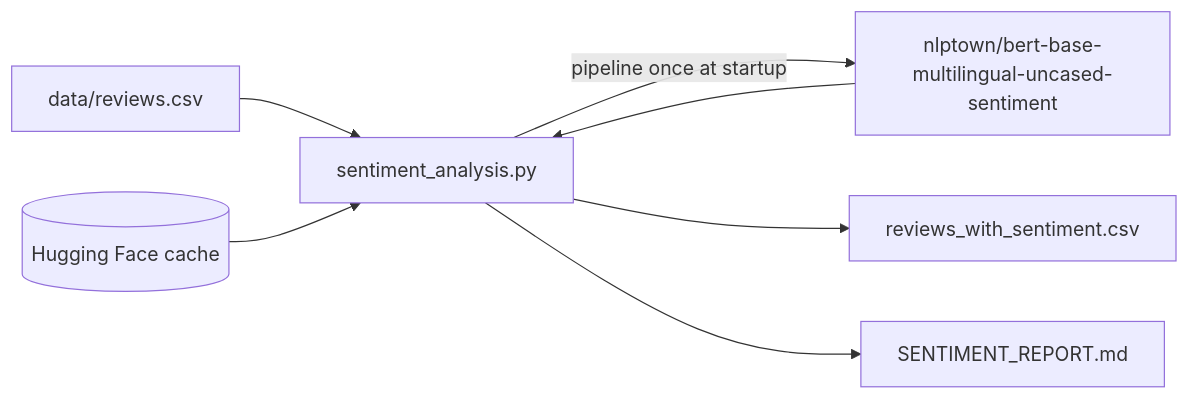
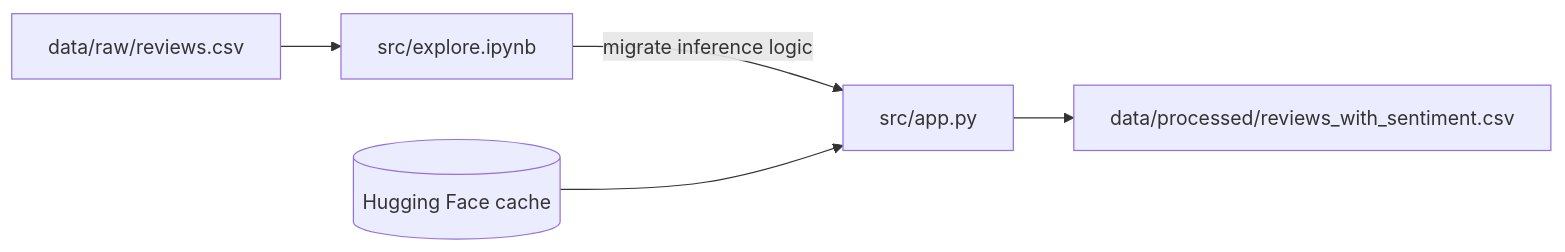
Before and after one commit to 4GeeksAcademy/ai-engineering-syllabus: the diagram in content/projects/existing-model-sentiment-analysis-reviews/.learn/solution/README.md, drawn with Mermaid. The commit also changed other lines of this file and 7 other files, not shown here.

First line of the commit message:
Redesign sentiment project for notebook-first ML template flow. (#63)

````diff
--- a/content/projects/existing-model-sentiment-analysis-reviews/.learn/solution/README.md
+++ b/content/projects/existing-model-sentiment-analysis-reviews/.learn/solution/README.md
@@ -21,9 +24,7 @@
 ```mermaid
 flowchart LR
-  CSV[data/reviews.csv] --> SCRIPT[sentiment_analysis.py]
-  HF[(Hugging Face cache)] --> SCRIPT
-  SCRIPT -->|pipeline once at startup| MODEL[nlptown/bert-base-multilingual-uncased-sentiment]
-  MODEL --> SCRIPT
-  SCRIPT --> OUT[reviews_with_sentiment.csv]
-  SCRIPT --> REPORT[SENTIMENT_REPORT.md]
+  CSV[data/raw/reviews.csv] --> NB[src/explore.ipynb]
+  NB -->|migrate inference logic| APP[src/app.py]
+  HF[(Hugging Face cache)] --> APP
+  APP --> OUT[data/processed/reviews_with_sentiment.csv]
 ```
````
